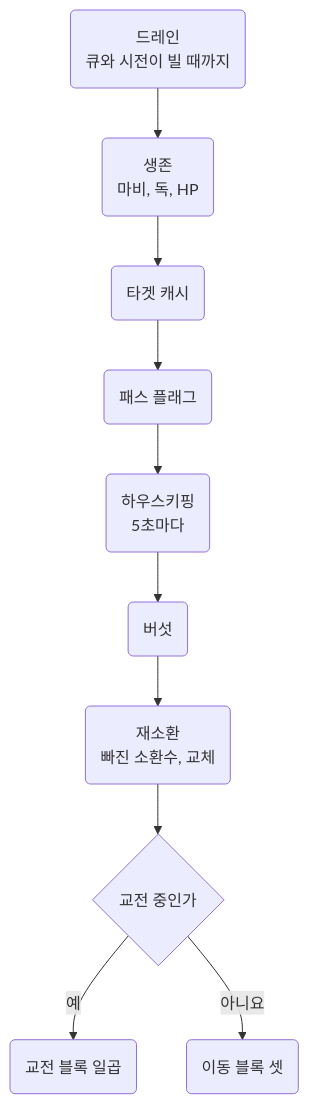
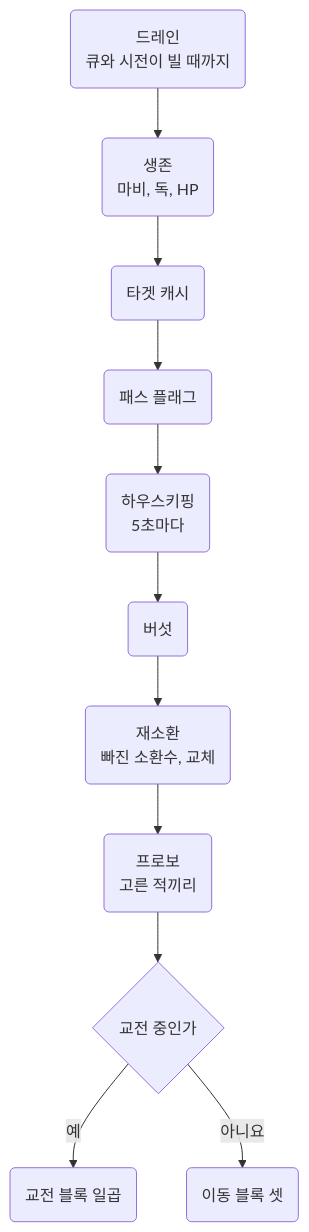
One commit to minu-ha/uoo changed the second of 5 diagrams in document/templates/bard-necro.md. Above: the diagram before and after it, drawn with Mermaid. The commit also changed other lines of this file and 4 other files, not shown here.

````diff
--- a/document/templates/bard-necro.md
+++ b/document/templates/bard-necro.md
@@ -1115,7 +1116,7 @@
 ```mermaid
 flowchart TD
   drain("드레인<br>큐와 시전이 빌 때까지") --> survive("생존<br>마비, 독, HP") --> cache("타겟 캐시") --> flags("패스 플래그") --> house("하우스키핑<br>5초마다")
-  house --> mush("버섯") --> resummon("재소환<br>빠진 소환수, 교체") --> engaged{"교전 중인가"}
+  house --> mush("버섯") --> resummon("재소환<br>빠진 소환수, 교체") --> provo("프로보<br>고른 적끼리") --> engaged{"교전 중인가"}
   engaged -- 예 --> combat("교전 블록 일곱")
   engaged -- 아니요 --> walk("이동 블록 셋")
 ```
````
